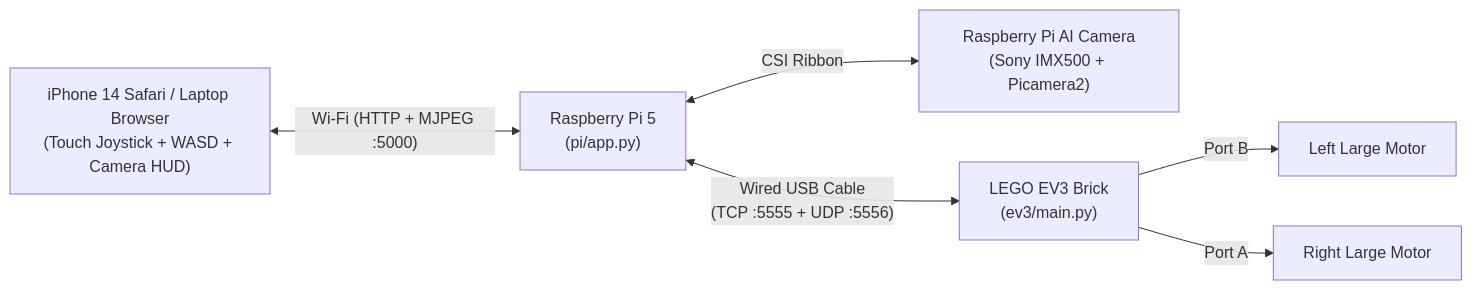
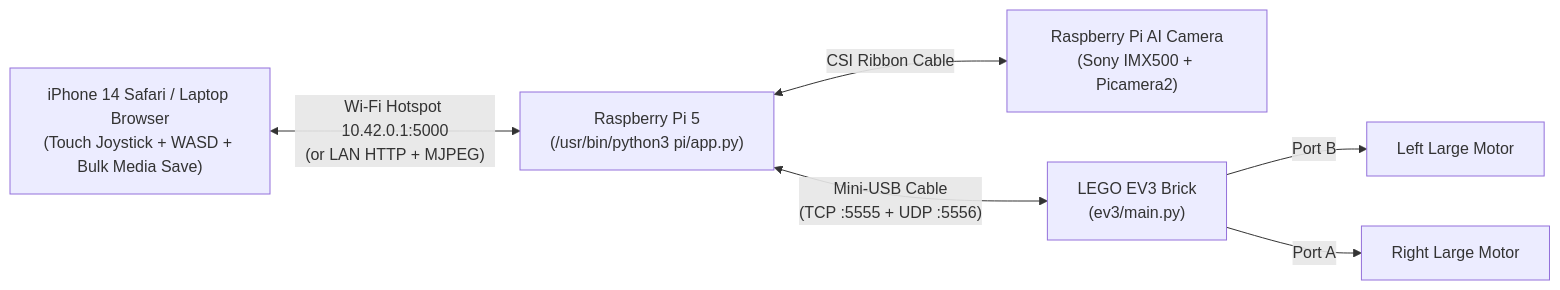
One commit to ridzuanazam/drone_boat changed the diagram in DOCUMENTATION.md. Above: the diagram before and after it, drawn with Mermaid. The commit also changed other lines of this file and 14 other files, not shown here.

Commit message:
Remove mock mode, improve EV3 motor link, add iPhone bulk media save, and update setup docs

````diff
--- a/DOCUMENTATION.md
+++ b/DOCUMENTATION.md
@@ -15,8 +15,8 @@
 ```mermaid
 flowchart LR
-    Phone["iPhone 14 Safari / Laptop Browser\n(Touch Joystick + WASD + Camera HUD)"] <-->|"Wi-Fi (HTTP + MJPEG :5000)"| Pi5["Raspberry Pi 5\n(pi/app.py)"]
-    Pi5 <-->|"CSI Ribbon"| Cam["Raspberry Pi AI Camera\n(Sony IMX500 + Picamera2)"]
-    Pi5 <-->|"Wired USB Cable\n(TCP :5555 + UDP :5556)"| EV3["LEGO EV3 Brick\n(ev3/main.py)"]
+    Phone["iPhone 14 Safari / Laptop Browser\n(Touch Joystick + WASD + Bulk Media Save)"] <-->|"Wi-Fi Hotspot 10.42.0.1:5000\n(or LAN HTTP + MJPEG)"| Pi5["Raspberry Pi 5\n(/usr/bin/python3 pi/app.py)"]
+    Pi5 <-->|"CSI Ribbon Cable"| Cam["Raspberry Pi AI Camera\n(Sony IMX500 + Picamera2)"]
+    Pi5 <-->|"Mini-USB Cable\n(TCP :5555 + UDP :5556)"| EV3["LEGO EV3 Brick\n(ev3/main.py)"]
     EV3 -->|"Port B"| LeftMotor["Left Large Motor"]
     EV3 -->|"Port A"| RightMotor["Right Large Motor"]
 ```
````
